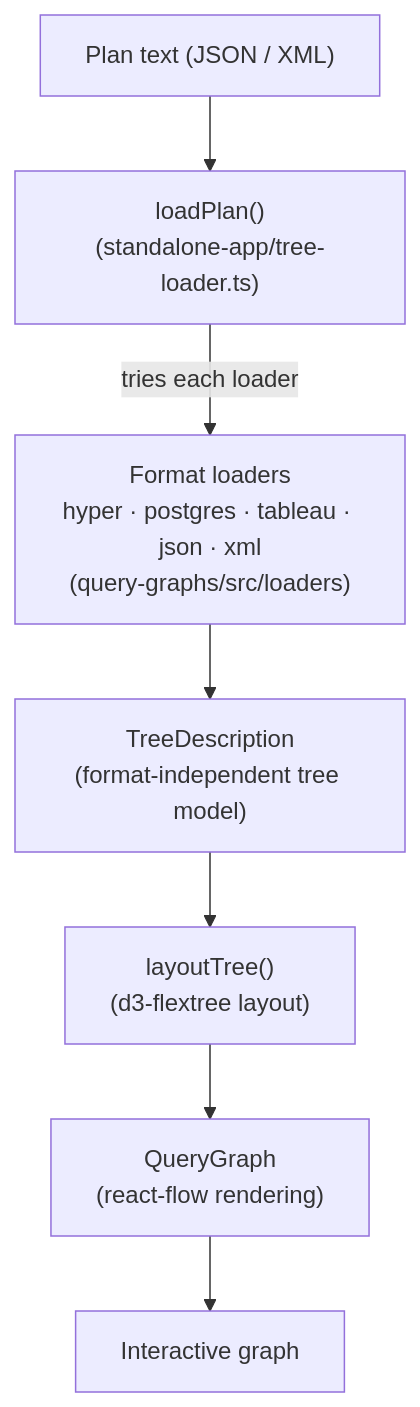
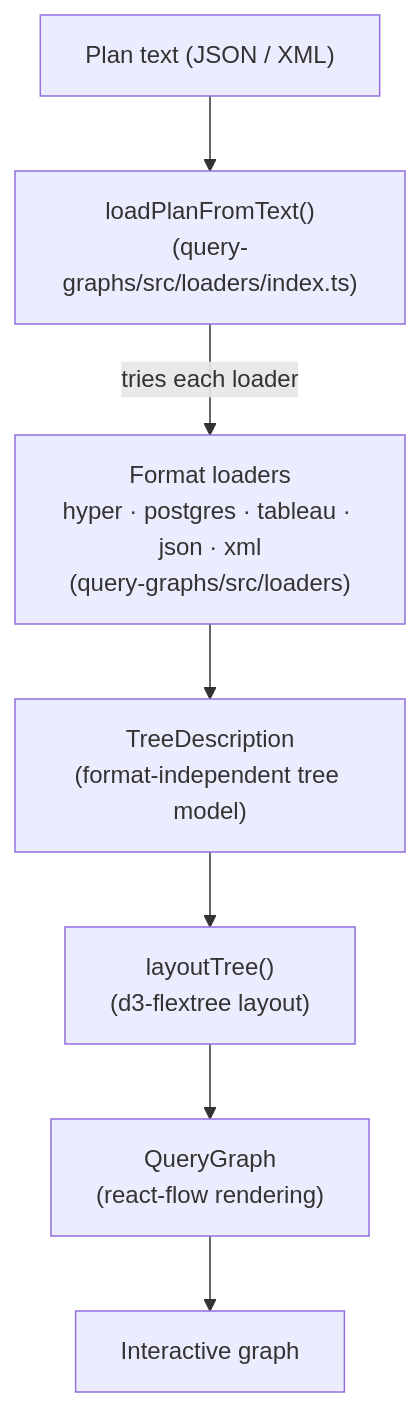
One commit to tableau/query-graphs changed the diagram in docs/Architecture.md. Above: the diagram before and after it, drawn with Mermaid. The commit also changed other lines of this file and 15 other files, not shown here.

First line of the commit message:
Make plan format dispatch reliable

````diff
--- a/docs/Architecture.md
+++ b/docs/Architecture.md
@@ -28,9 +28,9 @@
 ```mermaid
 flowchart TD
-    text["Plan text (JSON / XML)"] --> dispatch["loadPlan()<br/>(standalone-app/tree-loader.ts)"]
+    text["Plan text (JSON / XML)"] --> dispatch["loadPlanFromText()<br/>(query-graphs/src/loaders/index.ts)"]
     dispatch -->|tries each loader| loaders["Format loaders<br/>hyper · postgres · tableau · json · xml<br/>(query-graphs/src/loaders)"]
     loaders --> td["TreeDescription<br/>(format-independent tree model)"]
     td --> layout["layoutTree()<br/>(d3-flextree layout)"]
     layout --> render["QueryGraph<br/>(react-flow rendering)"]
     render --> ui["Interactive graph"]
 ```
````
